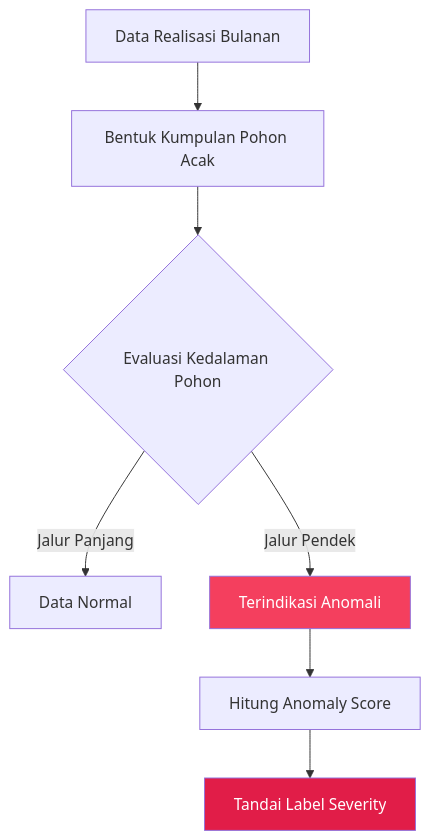
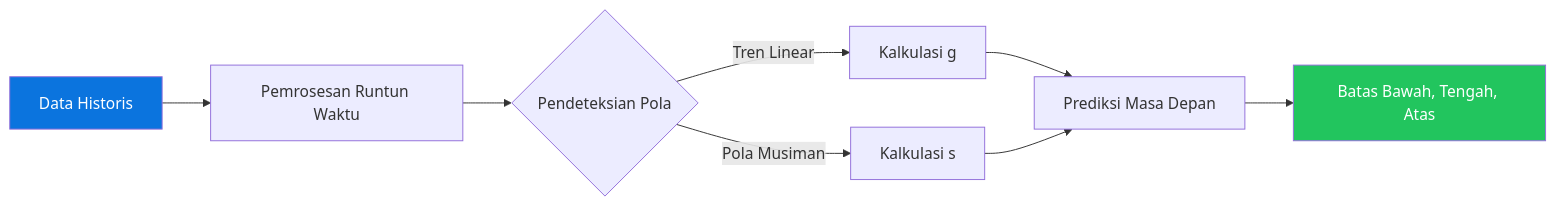
Before and after one commit to KwikAndreas/revdadas: the third of 3 diagrams in README.MD, drawn with Mermaid.

Commit message:
fix 2 readme unable to render rich

````diff
--- a/README.MD
+++ b/README.MD
@@ -183,12 +183,13 @@
 ```mermaid
-flowchart TD
-    A[Data Realisasi Bulanan] --> B[Bentuk Kumpulan Pohon Acak]
-    B --> C{Evaluasi Kedalaman Pohon}
-    C -->|Jalur Panjang| D[Data Normal]
-    C -->|Jalur Pendek| E[Terindikasi Anomali]
-    E --> F[Hitung Anomaly Score]
-    F --> G[Tandai Label Severity]
+flowchart LR
+    A[Data Historis] --> B[Pemrosesan Runtun Waktu]
+    B --> C{Pendeteksian Pola}
+    C -->|Tren Linear| D[Kalkulasi g]
+    C -->|Pola Musiman| E[Kalkulasi s]
+    D --> F[Prediksi Masa Depan]
+    E --> F
+    F --> G[Batas Bawah, Tengah, Atas]
 
-    style E fill:#f43f5e,color:#fff
-    style G fill:#e11d48,color:#fff
+    style A fill:#0b74de,color:#fff
+    style G fill:#22c55e,color:#fff
 ```
````
